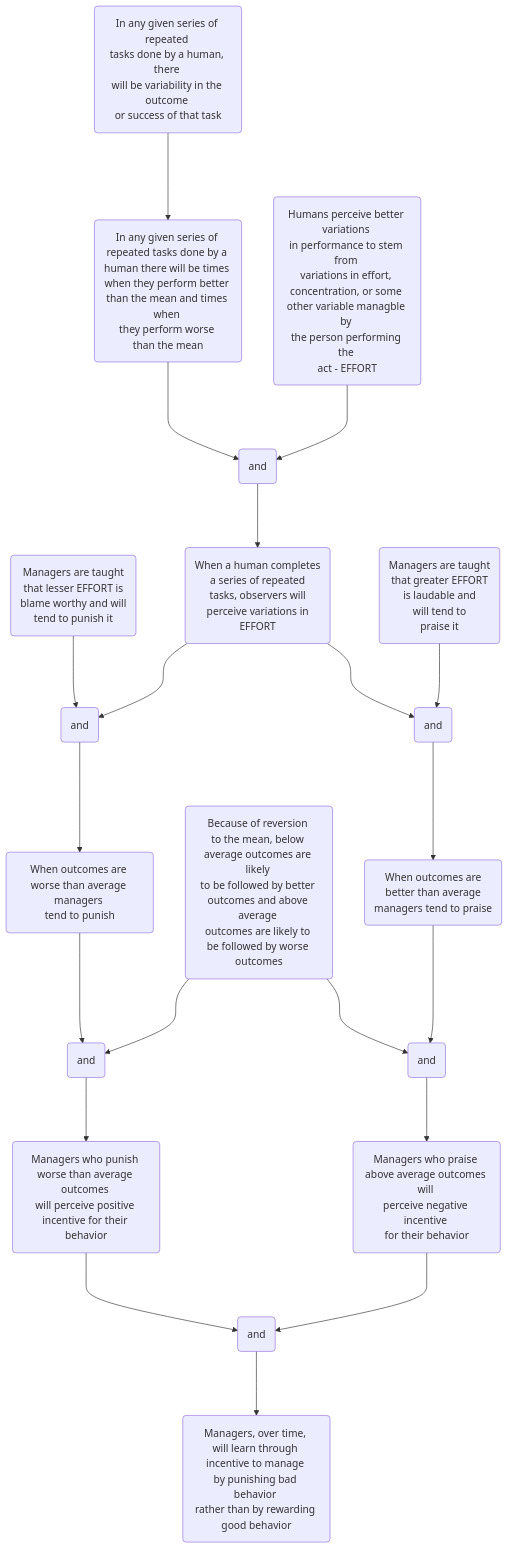
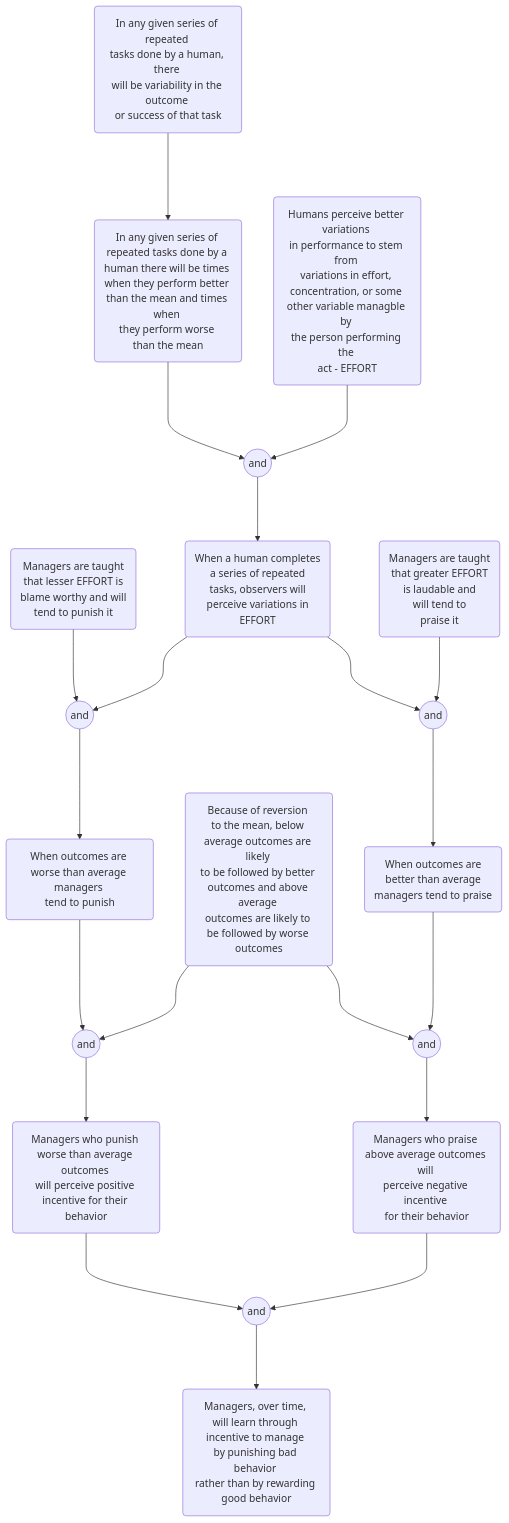
Before and after one commit to hwetsman/TOC_Trees: the diagram in Why_Managers_Learn_To_Manage_Negatively.md, drawn with Mermaid.

Commit message:
Refactor: change ands to circles

`````diff
--- a/Why_Managers_Learn_To_Manage_Negatively.md
+++ b/Why_Managers_Learn_To_Manage_Negatively.md
@@ -1,41 +1,41 @@
 ```mermaid
 flowchart TB
 
 human_variability(In any given series of repeated <br>tasks done by a human, there <br>will be variability in the outcome <br>or success of that task)
 above_and_below(In any given series of <br>repeated tasks done by a <br>human there will be times <br>when they perform better <br>than the mean and times when <br>they perform worse <br>than the mean)
   human_variability--->above_and_below
 human_perception(Humans perceive better variations <br>in performance to stem from <br>variations in effort, <br>concentration, or some <br>other variable managble by <br>the person performing the <br>act - EFFORT)
-  and1(and)
+  and1((and))
   above_and_below--->and1
   human_perception--->and1
   lesser_effort(Managers are taught <br>that lesser EFFORT is <br>blame worthy and will <br>tend to punish it)
   observer_perception(When a human completes <br>a series of repeated <br>tasks, observers will <br>perceive variations in <br>EFFORT)
     and1--->observer_perception
   managers_belief(Managers are taught <br>that greater EFFORT <br>is laudable and <br>will tend to <br>praise it)
-    and2(and)
-    and3(and)
+    and2((and))
+    and3((and))
     observer_perception--->and2
     observer_perception--->and3
       lesser_effort--->and2
       managers_belief--->and3
     worse_outcomes(When outcomes are <br>worse than average managers <br>tend to punish)
       and2--->worse_outcomes
     reversion(Because of reversion <br>to the mean, below <br>average outcomes are likely <br>to be followed by better <br>outcomes and above average <br>outcomes are likely to <br>be followed by worse outcomes)
     better_outcomes(When outcomes are <br>better than average <br>managers tend to praise)
       and3--->better_outcomes
-      and4(and)
-      and5(and)
+      and4((and))
+      and5((and))
         worse_outcomes--->and4
         reversion--->and4
         reversion--->and5
         better_outcomes--->and5
       managers_punish(Managers who punish <br>worse than average outcomes <br>will perceive positive <br>incentive for their <br>behavior)
         and4--->managers_punish
       managers_praise(Managers who praise <br>above average outcomes will <br>perceive negative incentive <br>for their behavior)
         and5--->managers_praise
-        and6(and)
+        and6((and))
           managers_punish--->and6
           managers_praise--->and6
         managers_over_time(Managers, over time, <br>will learn through <br>incentive to manage <br>by punishing bad behavior <br>rather than by rewarding <br>good behavior)
           and6--->managers_over_time
 ````
`````
